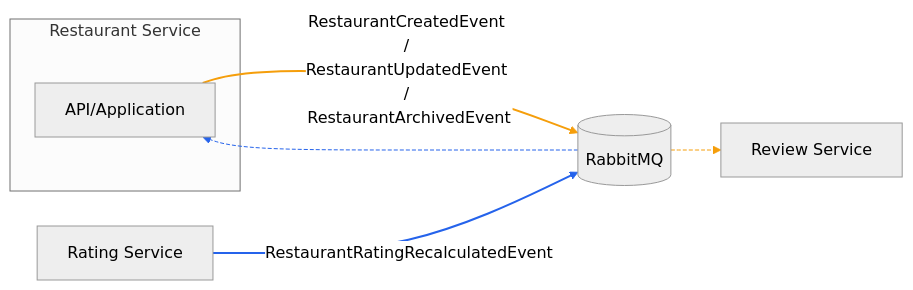
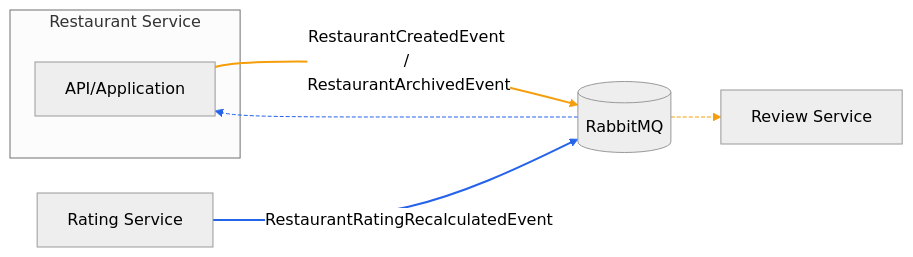
The first of 2 diagrams in docs/services/RestaurantService.md (bagermoon/otuscode), drawn with Mermaid (neutral theme) before and after one commit. The commit also changed other lines of this file and 10 other files, not shown here.

Commit message:
feat: Update restaurant event contracts and introduce RestaurantStatus enum

````diff
--- a/docs/services/RestaurantService.md
+++ b/docs/services/RestaurantService.md
@@ -79,26 +80,26 @@
 ```mermaid
 flowchart LR
     %% Исходящие события сервиса Restaurant
     subgraph Restaurant_Service[Restaurant Service]
         RS[API/Application]
     end
 
-    RS -- RestaurantCreatedEvent / RestaurantUpdatedEvent / RestaurantArchivedEvent --> MQ[(RabbitMQ)]
+    RS -- RestaurantCreatedEvent / RestaurantArchivedEvent --> MQ[(RabbitMQ)]
 
     MQ --> ReviewSvc[Review Service]
 
     %% Входящая проекция рейтинга
     RatingSvc[Rating Service] -- RestaurantRatingRecalculatedEvent --> MQ
     MQ --> RS
 
     %% Подсветка стрелок для визуализации семейств событий
     %% 0: RS->MQ (события Restaurant)
     linkStyle 0 stroke:#f59e0b,stroke-width:2px
     %% 1: MQ->ReviewSvc (доставка событий Restaurant)
     linkStyle 1 stroke:#f59e0b,stroke-dasharray: 4 2
 
     %% 2: RatingSvc->MQ (проекция рейтинга)
     linkStyle 2 stroke:#2563eb,stroke-width:2px
     %% 3: MQ->RS (доставка проекции рейтинга)
     linkStyle 3 stroke:#2563eb,stroke-dasharray: 4 2
 ```
````
